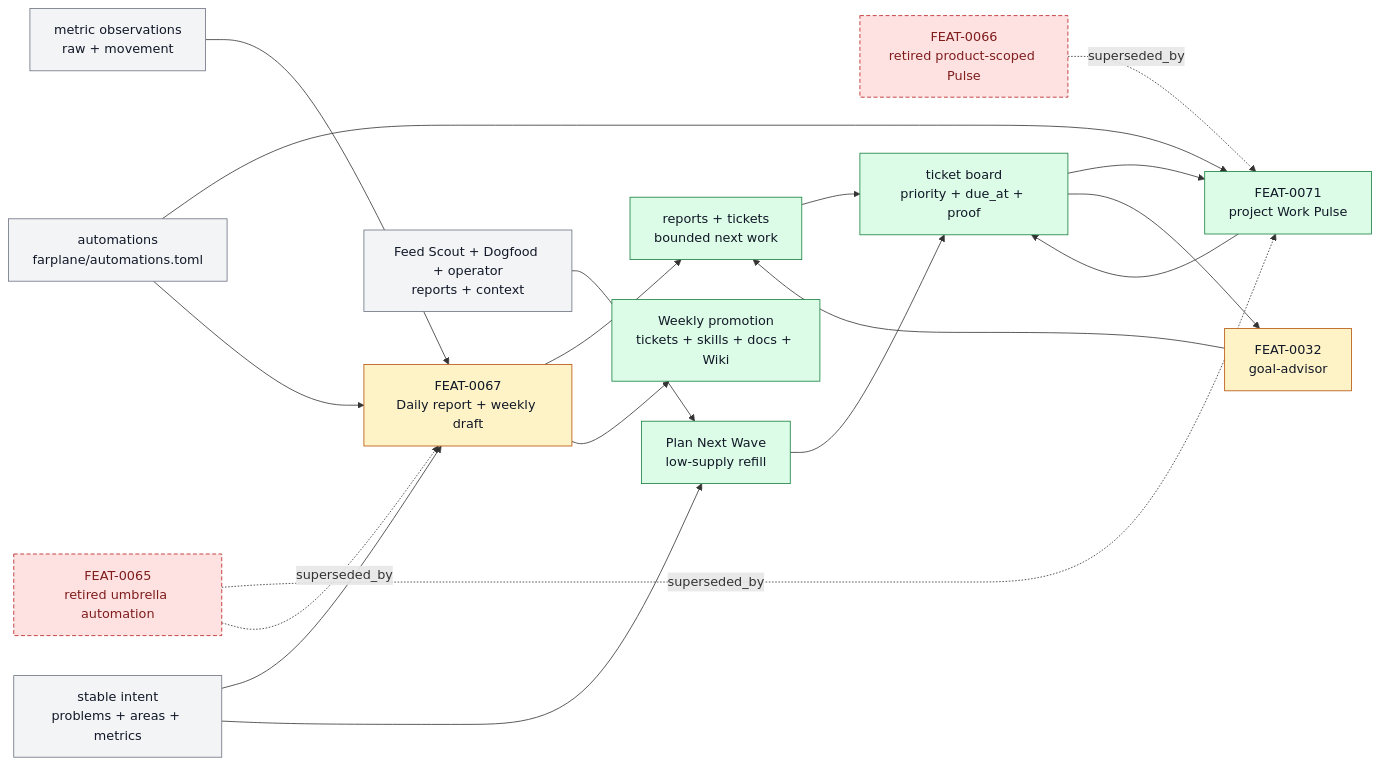
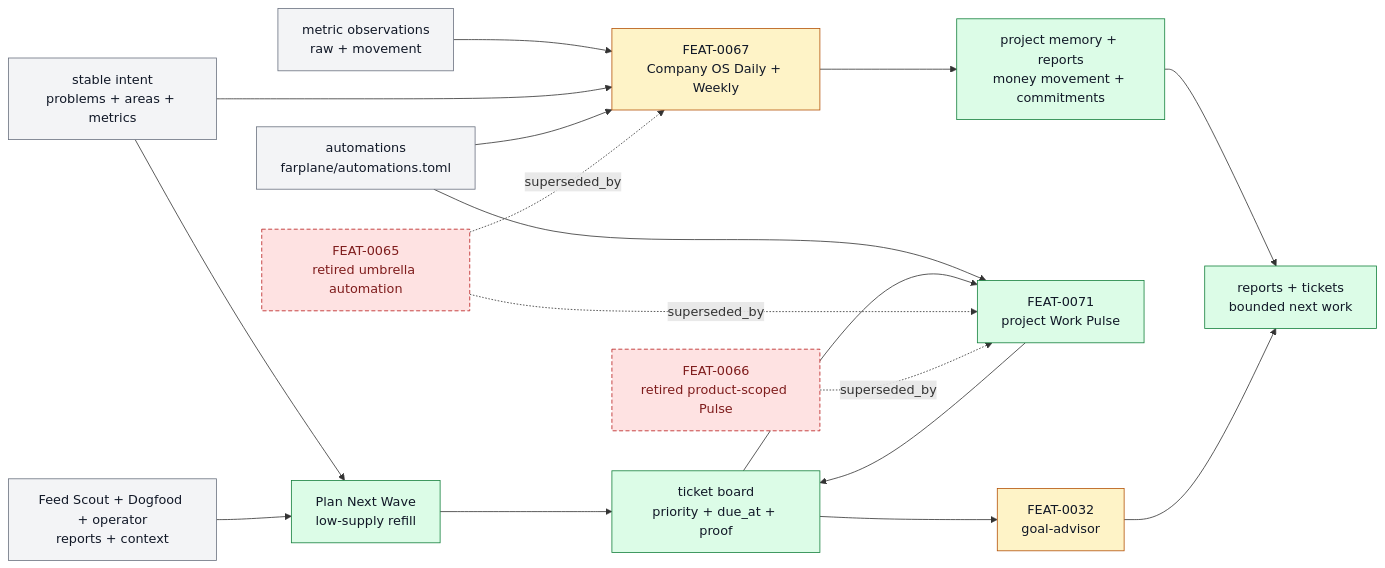
Before and after one commit to ZanarkandTechnologies/Farplane: the diagram in docs/systems/horizon-loop.md, drawn with Mermaid. The commit also changed other lines of this file and 68 other files, not shown here.

Commit message:
refactor(company-os): remove interval update

````diff
--- a/docs/systems/horizon-loop.md
+++ b/docs/systems/horizon-loop.md
@@ -113,33 +112,32 @@
 ```mermaid
 flowchart LR
   classDef keep fill:#f3f4f6,stroke:#6b7280,color:#111827
   classDef changed fill:#fef3c7,stroke:#b45309,color:#111827
   classDef added fill:#dcfce7,stroke:#15803d,color:#111827
   classDef retired fill:#fee2e2,stroke:#b91c1c,color:#7f1d1d,stroke-dasharray: 5 3
 
   metrics["metric observations<br/>raw + movement"]:::keep
   intent["stable intent<br/>problems + areas + metrics"]:::keep
   automations["automations<br/>farplane/automations.toml"]:::keep
   advisor["FEAT-0032<br/>goal-advisor"]:::changed
   pulse["FEAT-0071<br/>project Work Pulse"]:::added
-  interval["FEAT-0067<br/>Daily report + weekly draft"]:::changed
-  knowledge["Weekly promotion<br/>tickets + skills + docs + Wiki"]:::added
+  companyos["FEAT-0067<br/>Company OS Daily + Weekly"]:::changed
+  memory["project memory + reports<br/>money movement + commitments"]:::added
   sources["Feed Scout + Dogfood + operator<br/>reports + context"]:::keep
   old["FEAT-0065<br/>retired umbrella automation"]:::retired
   productPulse["FEAT-0066<br/>retired product-scoped Pulse"]:::retired
   planner["Plan Next Wave<br/>low-supply refill"]:::added
   board["ticket board<br/>priority + due_at + proof"]:::added
   outputs["reports + tickets<br/>bounded next work"]:::added
 
-  metrics --> interval --> outputs --> board
-  interval --> knowledge
-  intent --> interval
+  metrics --> companyos --> memory --> outputs
+  intent --> companyos
   intent --> planner
   automations --> pulse --> board
-  automations --> interval
+  automations --> companyos
   sources --> planner --> board --> pulse
   board --> advisor --> outputs
   old -. "superseded_by" .-> pulse
-  old -. "superseded_by" .-> interval
+  old -. "superseded_by" .-> companyos
   productPulse -. "superseded_by" .-> pulse
 ```
````
